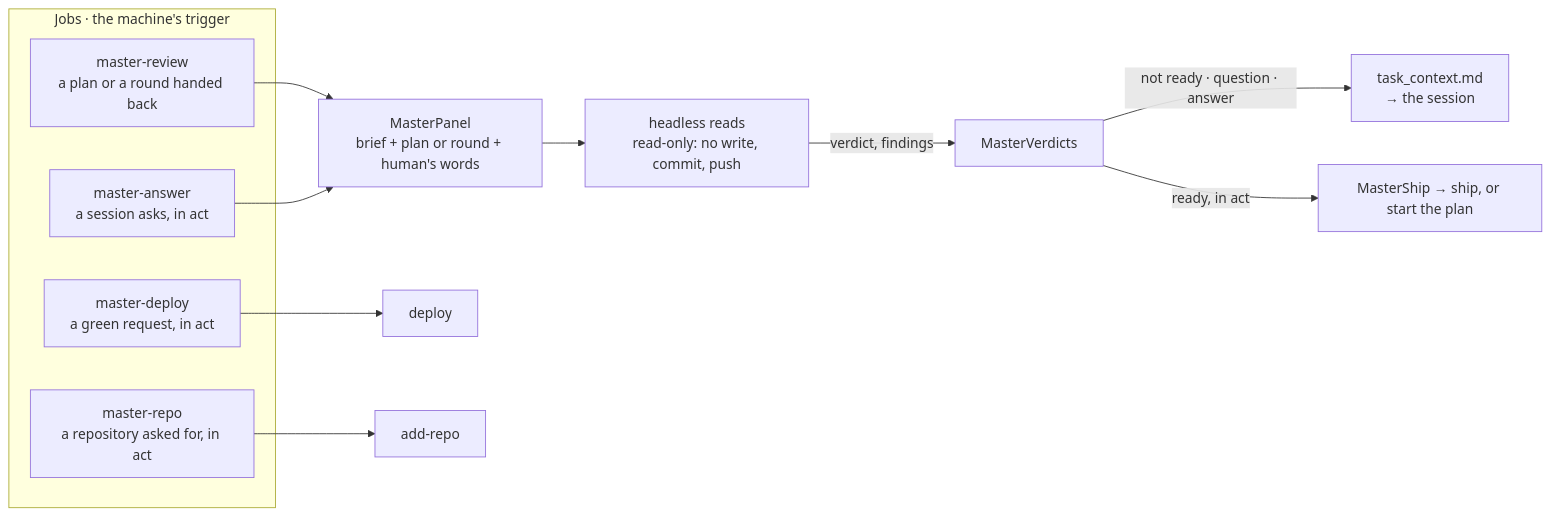
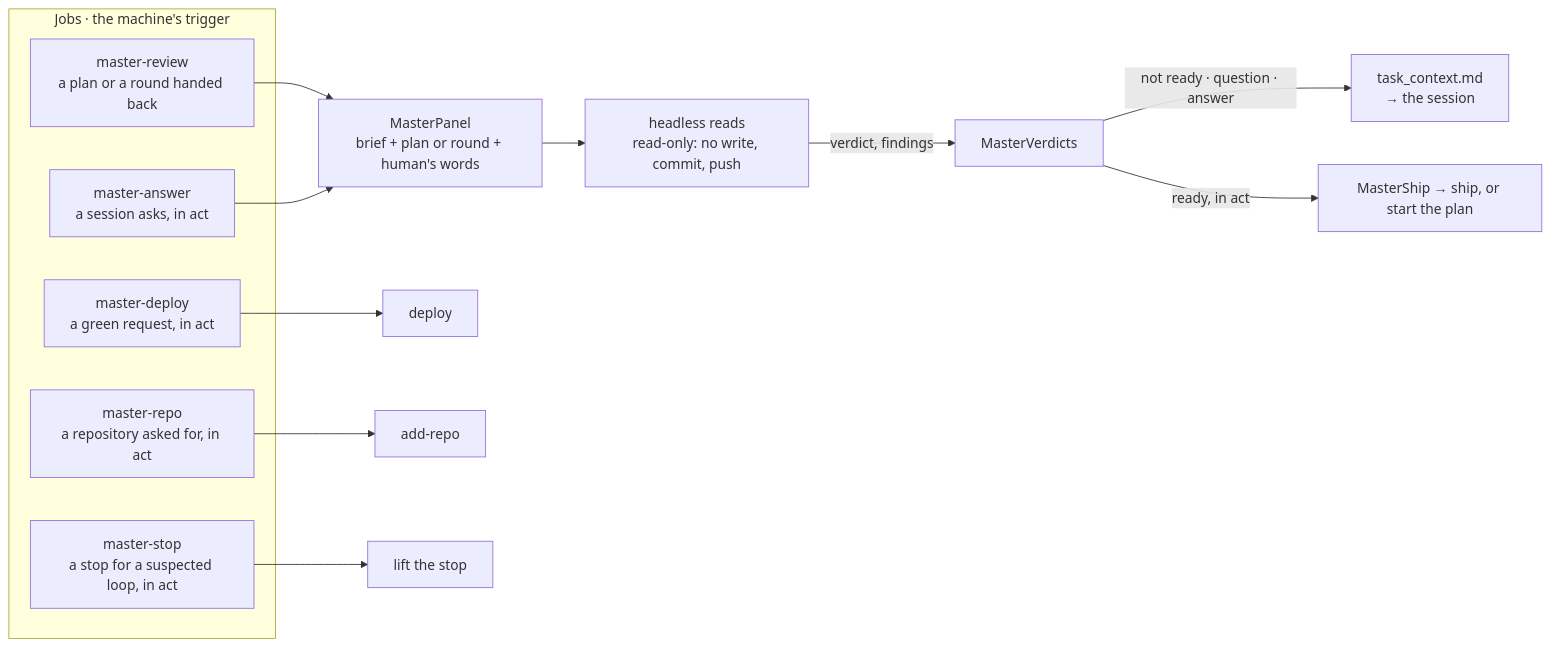
The sixth of 6 diagrams in docs/c4.md (GulDmitry/jagt), drawn with Mermaid before and after one commit. The commit also changed 43 other files, not shown here.

Commit message:
In act the Master decides a stop for a suspected loop: it lifts it, returns the task to its session, or leaves it to the human

````diff
--- a/docs/c4.md
+++ b/docs/c4.md
@@ -167,20 +167,22 @@
 ```mermaid
 flowchart LR
     subgraph trig["Jobs · the machine's trigger"]
         mr["master-review<br/>a plan or a round handed back"]
         ma["master-answer<br/>a session asks, in act"]
         md["master-deploy<br/>a green request, in act"]
         mp["master-repo<br/>a repository asked for, in act"]
+        ms["master-stop<br/>a stop for a suspected loop, in act"]
     end
     panel["MasterPanel<br/>brief + plan or round + human's words"]
     roles["headless reads<br/>read-only: no write, commit, push"]
     verd["MasterVerdicts"]
 
     mr --> panel
     ma --> panel
     panel --> roles -- "verdict, findings" --> verd
     verd -- "not ready · question · answer" --> rel["task_context.md<br/>→ the session"]
     verd -- "ready, in act" --> ship["MasterShip → ship, or start the plan"]
     md --> dep["deploy"]
     mp --> rep["add-repo"]
+    ms --> lft["lift the stop"]
 ```
````
